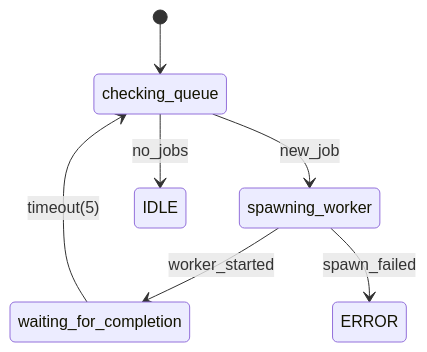
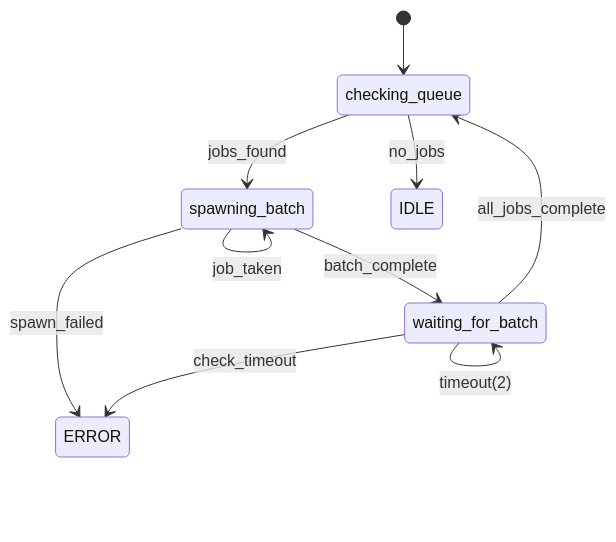
One commit to sheikkinen/statemachine-engine changed the diagram in docs/fsm-diagrams/concurrent-controller/PROCESSING.mermaid. Above: the diagram before and after it, drawn with Mermaid. The commit also changed 28 other files, not shown here.

First line of the commit message:
Release v1.0.73: Concurrent job spawning with batch processing

```diff
--- a/docs/fsm-diagrams/concurrent-controller/PROCESSING.mermaid
+++ b/docs/fsm-diagrams/concurrent-controller/PROCESSING.mermaid
@@ -1,17 +1,21 @@
 stateDiagram-v2
     %% Detailed view of PROCESSING
 
     [*] --> checking_queue
 
     %% Internal transitions
-    checking_queue --> spawning_worker : new_job
-    spawning_worker --> waiting_for_completion : worker_started
-    waiting_for_completion --> checking_queue : timeout(5)
+    checking_queue --> spawning_batch : jobs_found
+    spawning_batch --> spawning_batch : worker_spawned
+    spawning_batch --> waiting_for_batch : batch_complete
+    spawning_batch --> spawning_batch : job_taken
+    waiting_for_batch --> checking_queue : all_jobs_complete
+    waiting_for_batch --> waiting_for_batch : timeout(2)
 
     %% External composites
     state IDLE
     state ERROR
 
     %% Transitions to other composites
     checking_queue --> IDLE : no_jobs
-    spawning_worker --> ERROR : spawn_failed
+    spawning_batch --> ERROR : spawn_failed
+    waiting_for_batch --> ERROR : check_timeout
```
